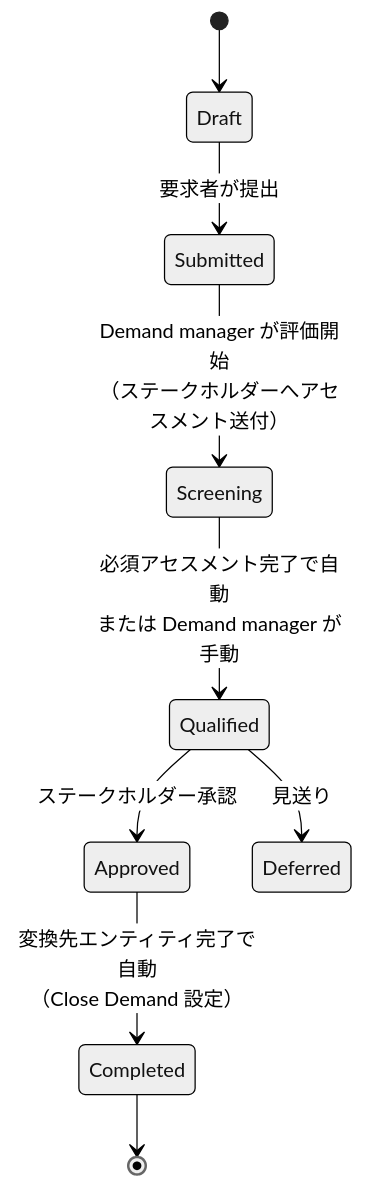
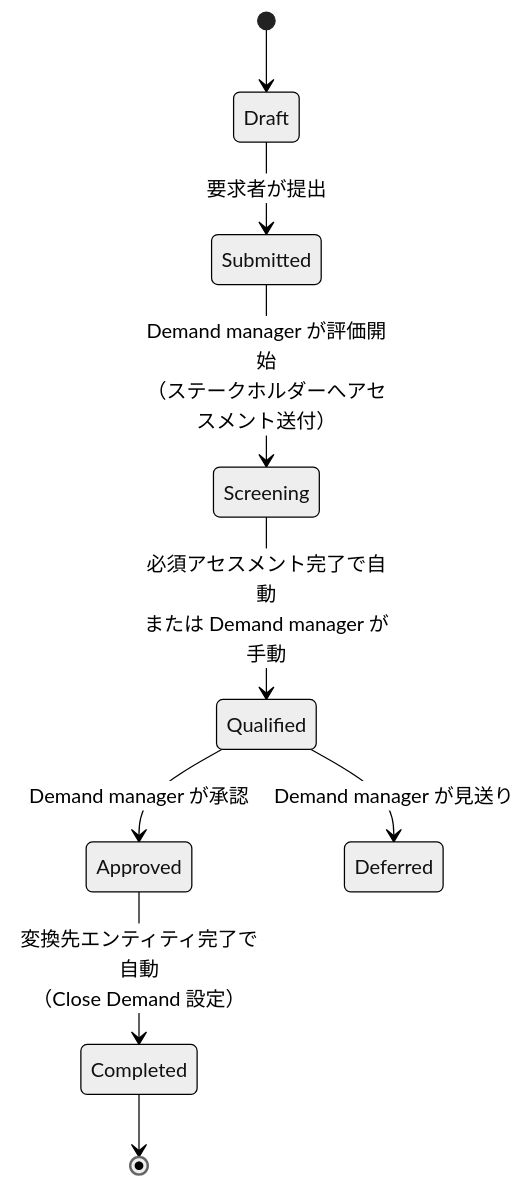
The second of 3 diagrams in ServiceNow/03_導入編/12-operations-governance.md (hidefumiagata/platform-doc), drawn with Mermaid (neutral theme) before and after one commit. The commit also changed other lines of this file and 346 other files, not shown here.

````diff
--- a/ServiceNow/03_導入編/12-operations-governance.md
+++ b/ServiceNow/03_導入編/12-operations-governance.md
@@ -270,11 +282,11 @@
 ```mermaid
 stateDiagram-v2
   [*] --> Draft
   Draft --> Submitted: 要求者が提出
   Submitted --> Screening: Demand manager が評価開始<br/>（ステークホルダーへアセスメント送付）
   Screening --> Qualified: 必須アセスメント完了で自動<br/>または Demand manager が手動
-  Qualified --> Approved: ステークホルダー承認
-  Qualified --> Deferred: 見送り
+  Qualified --> Approved: Demand manager が承認
+  Qualified --> Deferred: Demand manager が見送り
   Approved --> Completed: 変換先エンティティ完了で自動<br/>（Close Demand 設定）
   Completed --> [*]
 ```
````
